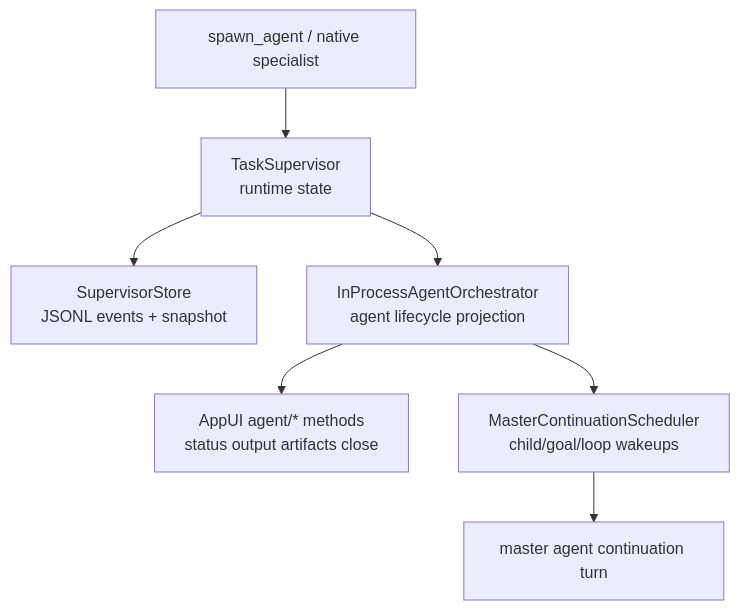
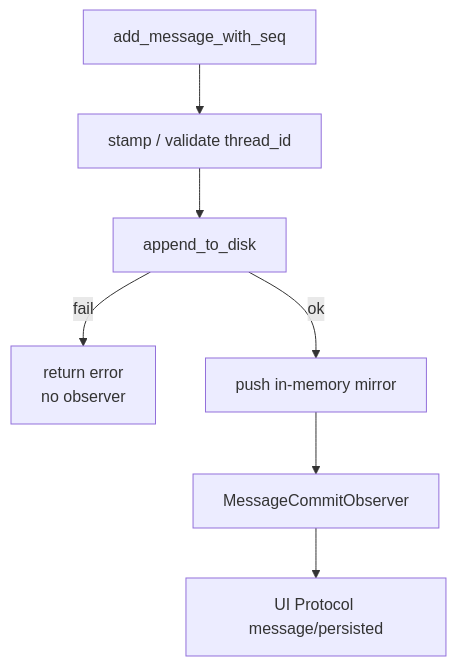
Before and after one commit to octos-org/octos-book: the third of 3 diagrams in book/src/part3/ch11.md, drawn with Mermaid. The commit also changed other lines of this file and 2 other files, not shown here.

Commit message:
ch11(v2): 勘误+改号 Ch10→Ch11——28/28 引用修正(session.rs 所有权重构重标),频道表 12→17 行,Coalescing 窗口语义/去重正交/四新频道设计动机;正文 5,048 汉字;同 commit 删旧 ch10-message-bus 与 part3/ch10

````diff
--- a/book/src/part3/ch11.md
+++ b/book/src/part3/ch11.md
@@ -244,9 +250,9 @@
 ```mermaid
 flowchart TD
-    Spawn["spawn_agent / native specialist"] --> Supervisor["TaskSupervisor<br/>runtime state"]
-    Supervisor --> Store["SupervisorStore<br/>JSONL events + snapshot"]
-    Supervisor --> Orchestrator["InProcessAgentOrchestrator<br/>agent lifecycle projection"]
-    Orchestrator --> UI["AppUI agent/* methods<br/>status output artifacts close"]
-    Orchestrator --> Continuation["MasterContinuationScheduler<br/>child/goal/loop wakeups"]
-    Continuation --> Master["master agent continuation turn"]
+    Write["add_message_with_seq"] --> Stamp["stamp / validate thread_id"]
+    Stamp --> Disk["append_to_disk"]
+    Disk -->|fail| Err["return error<br/>no observer"]
+    Disk -->|ok| Memory["push in-memory mirror"]
+    Memory --> Observer["MessageCommitObserver"]
+    Observer --> UI["UI Protocol message/persisted"]
 ```
````
